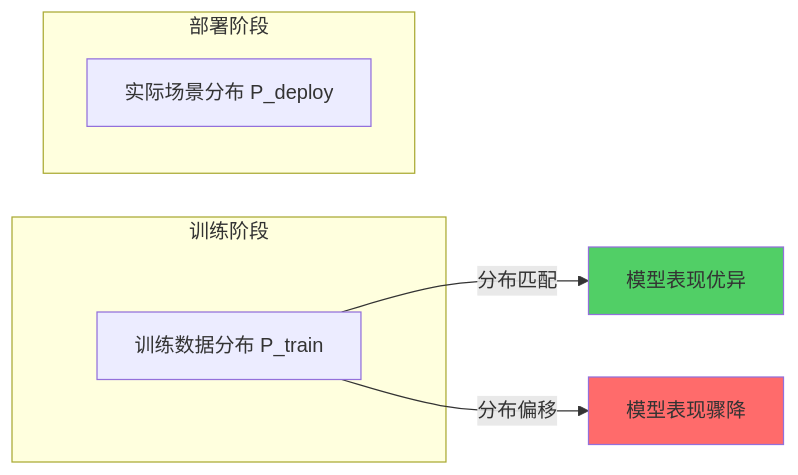
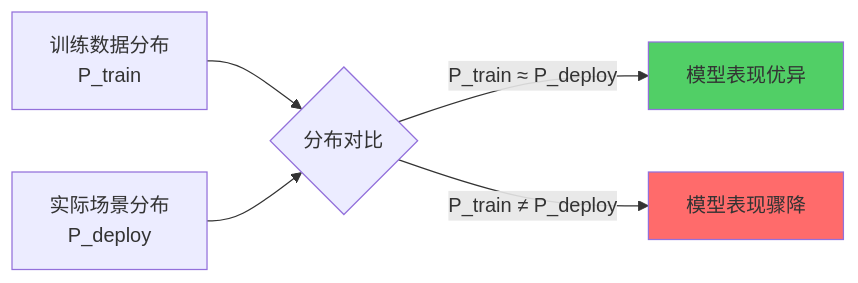
The diagram in _posts/2026-02-02-releasing-llm-into-the-wild.md (is-Aaron/is-Aaron.github.io), drawn with Mermaid before and after one commit. The commit also changed other lines of this file and 15 other files, not shown here.

````diff
--- a/_posts/2026-02-02-releasing-llm-into-the-wild.md
+++ b/_posts/2026-02-02-releasing-llm-into-the-wild.md
@@ -23,16 +23,10 @@
 ```mermaid
 graph LR
-    subgraph 训练阶段
-        A[训练数据分布 P_train]
-    end
-    
-    subgraph 部署阶段
-        B[实际场景分布 P_deploy]
-    end
-    
-    A -->|分布匹配| C[模型表现优异]
-    A -->|分布偏移| D[模型表现骤降]
-    
+    A[训练数据分布<br>P_train] --> E{分布对比}
+    B[实际场景分布<br>P_deploy] --> E
+    E -->|P_train ≈ P_deploy| C[模型表现优异]
+    E -->|P_train ≠ P_deploy| D[模型表现骤降]
+
     style C fill:#51cf66
     style D fill:#ff6b6b
 ```
````
